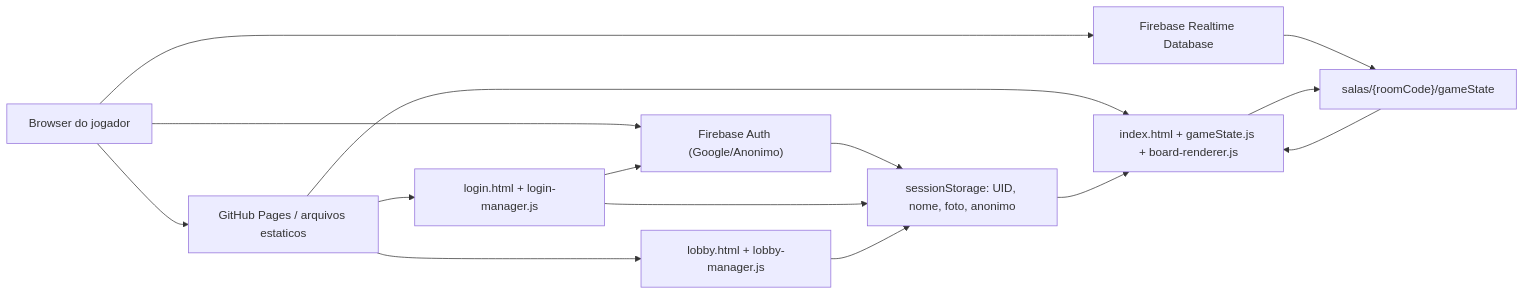
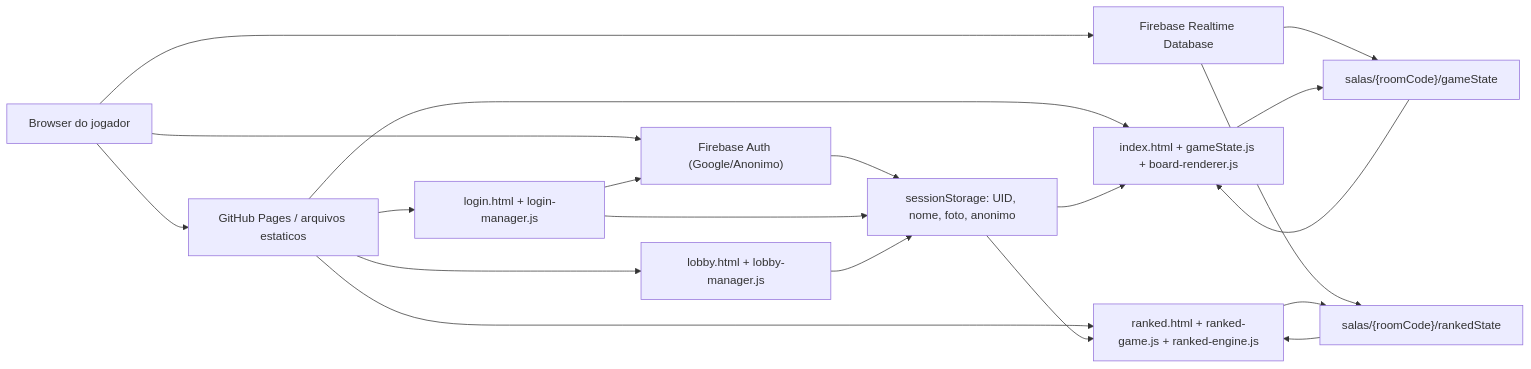
One commit to GabrielBarbosa0/Coup-Master changed the first of 4 diagrams in docs/TDD.md. Above: the diagram before and after it, drawn with Mermaid. The commit also changed other lines of this file and 20 other files, not shown here.

````diff
--- a/docs/TDD.md
+++ b/docs/TDD.md
@@ -62,19 +62,24 @@
 ```mermaid
 flowchart LR
   Browser["Browser do jogador"] --> Pages["GitHub Pages / arquivos estaticos"]
   Browser --> Auth["Firebase Auth (Google/Anonimo)"]
   Browser --> RTDB["Firebase Realtime Database"]
 
   Pages --> Login["login.html + login-manager.js"]
   Pages --> Lobby["lobby.html + lobby-manager.js"]
   Pages --> Game["index.html + gameState.js + board-renderer.js"]
+  Pages --> Ranked["ranked.html + ranked-game.js + ranked-engine.js"]
 
   Auth --> Session["sessionStorage: UID, nome, foto, anonimo"]
   Login --> Auth
   Login --> Session
   Lobby --> Session
   Session --> Game
+  Session --> Ranked
   RTDB --> State["salas/{roomCode}/gameState"]
   State --> Game
   Game --> State
+  RTDB --> RankedState["salas/{roomCode}/rankedState"]
+  RankedState --> Ranked
+  Ranked --> RankedState
 ```
````
